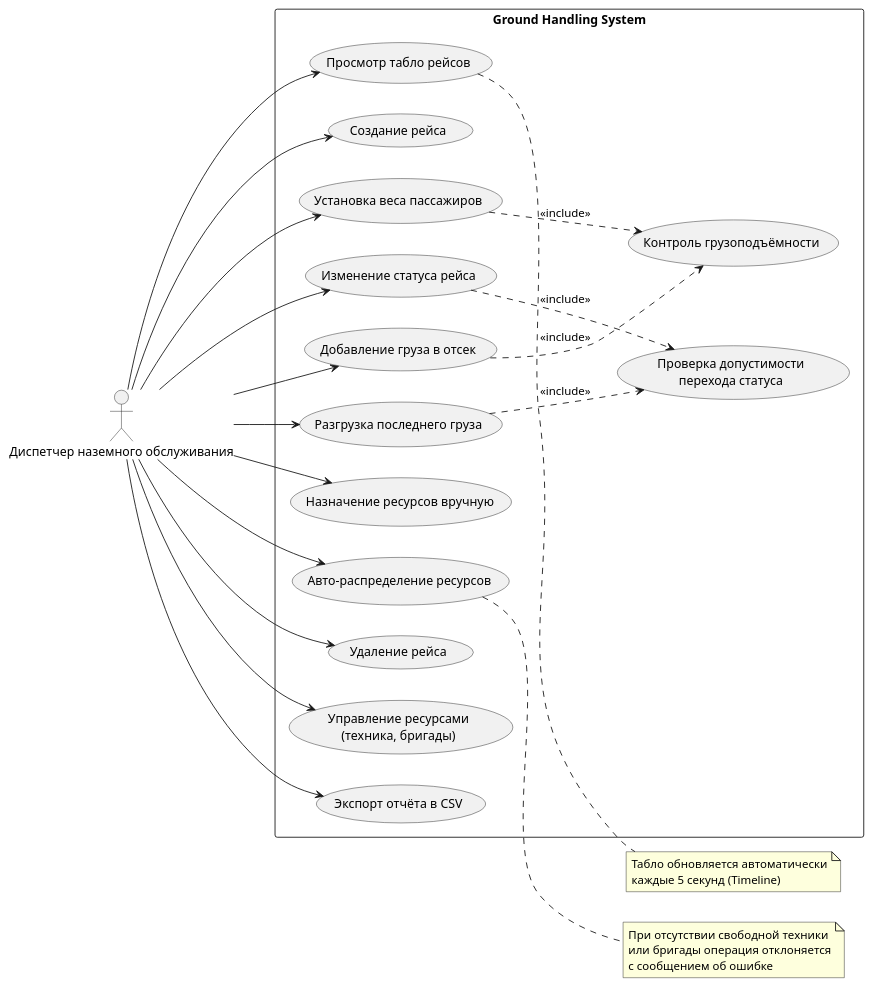
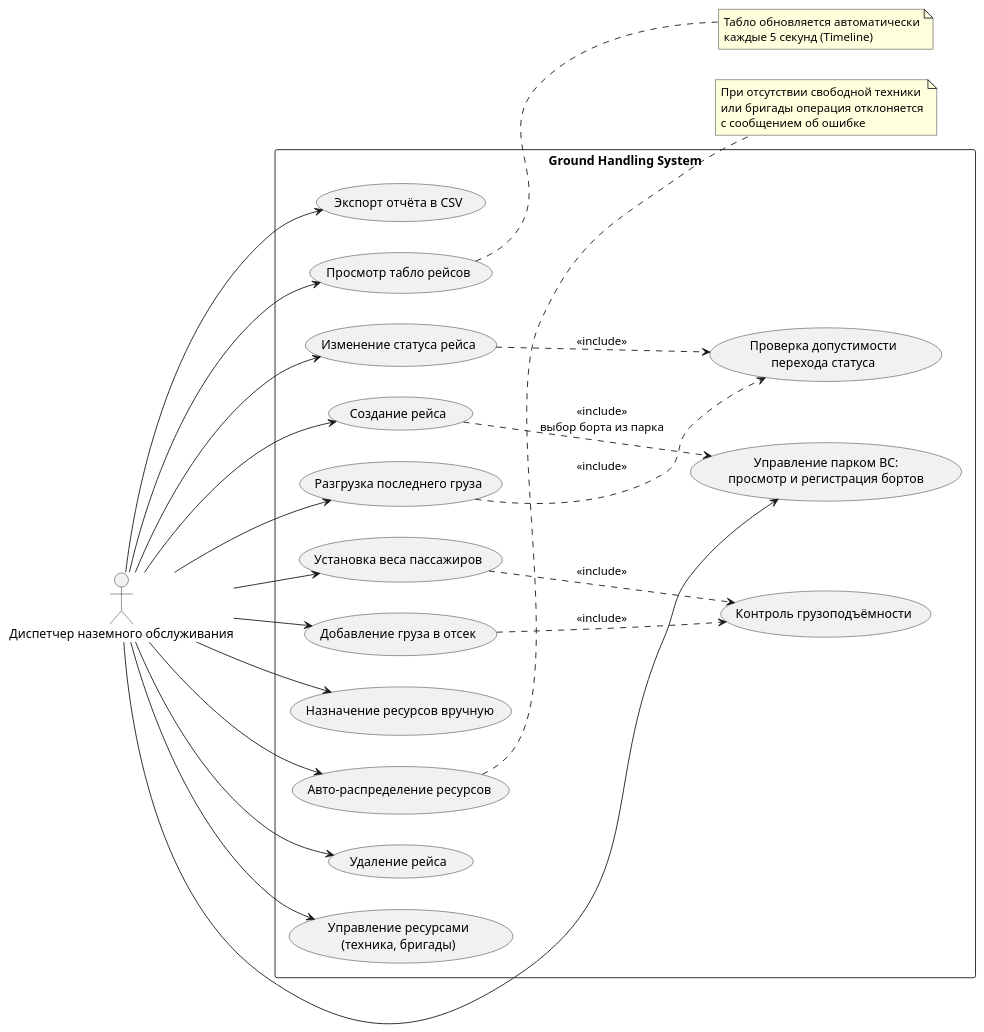
Before and after one commit to evilarthas2011-bit/GroundHandlingSystem: the diagram in diagramOfUseCases.puml, drawn with PlantUML. The commit also changed 18 other files, not shown here.

```diff
--- a/diagramOfUseCases.puml
+++ b/diagramOfUseCases.puml
@@ -1,51 +1,53 @@
 @startuml
 left to right direction
 skinparam packageStyle rectangle
 
 actor "Диспетчер наземного обслуживания" as Dispatcher
 
 rectangle "Ground Handling System" {
   usecase "Просмотр табло рейсов" as UC_View
   usecase "Создание рейса" as UC_Create
   usecase "Изменение статуса рейса" as UC_Status
   usecase "Установка веса пассажиров" as UC_Pax
   usecase "Добавление груза в отсек" as UC_Cargo
   usecase "Разгрузка последнего груза" as UC_Unload
   usecase "Назначение ресурсов вручную" as UC_Assign
   usecase "Авто-распределение ресурсов" as UC_Auto
   usecase "Удаление рейса" as UC_Delete
   usecase "Управление ресурсами\n(техника, бригады)" as UC_Resources
   usecase "Экспорт отчёта в CSV" as UC_Export
-
+usecase "Управление парком ВС:\nпросмотр и регистрация бортов" as UC10
   usecase "Контроль грузоподъёмности" as UC_Weight
   usecase "Проверка допустимости\nперехода статуса" as UC_Transition
 }
 
 Dispatcher --> UC_View
 Dispatcher --> UC_Create
 Dispatcher --> UC_Status
 Dispatcher --> UC_Pax
 Dispatcher --> UC_Cargo
 Dispatcher --> UC_Unload
 Dispatcher --> UC_Assign
 Dispatcher --> UC_Auto
 Dispatcher --> UC_Delete
 Dispatcher --> UC_Resources
 Dispatcher --> UC_Export
+Dispatcher --> UC10
 
+UC_Create ..> UC10 : <<include>>\nвыбор борта из парка
 UC_Cargo ..> UC_Weight : <<include>>
 UC_Pax ..> UC_Weight : <<include>>
 UC_Status ..> UC_Transition : <<include>>
 UC_Unload ..> UC_Transition : <<include>>
 
 note right of UC_View
   Табло обновляется автоматически
   каждые 5 секунд (Timeline)
 end note
 
 note right of UC_Auto
   При отсутствии свободной техники
   или бригады операция отклоняется
   с сообщением об ошибке
 end note
 @enduml
```
